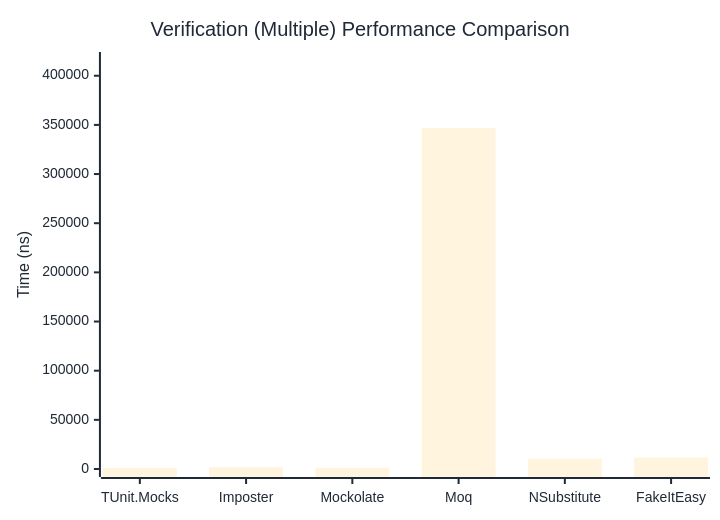
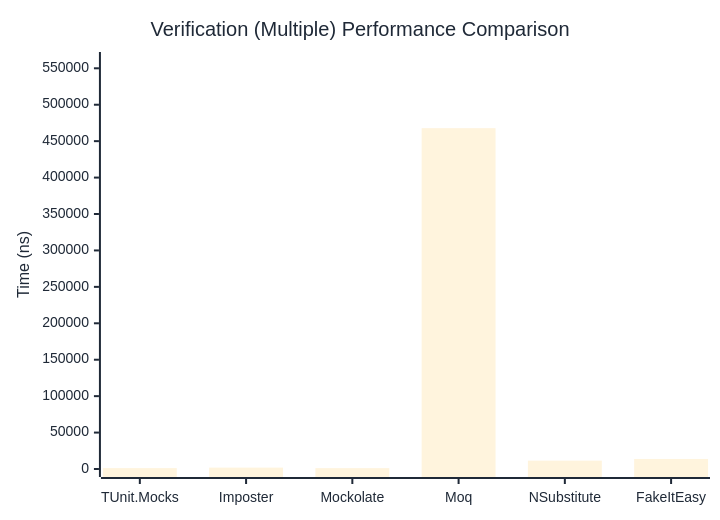
One commit to weiyilai/TUnit changed the third of 3 diagrams in docs/docs/benchmarks/mocks/Verification.md. Above: the diagram before and after it, drawn with Mermaid. The commit also changed other lines of this file and 14 other files, not shown here.

````diff
--- a/docs/docs/benchmarks/mocks/Verification.md
+++ b/docs/docs/benchmarks/mocks/Verification.md
@@ -110,27 +110,27 @@
 ```mermaid
 %%{init: {
   'theme':'base',
   'themeVariables': {
     'primaryColor': '#2563eb',
     'primaryTextColor': '#1f2937',
     'primaryBorderColor': '#1e40af',
     'lineColor': '#6b7280',
     'secondaryColor': '#7c3aed',
     'tertiaryColor': '#dc2626',
     'background': '#ffffff',
     'pie1': '#2563eb',
     'pie2': '#7c3aed',
     'pie3': '#dc2626',
     'pie4': '#f59e0b',
     'pie5': '#10b981',
     'pie6': '#06b6d4',
     'pie7': '#ec4899',
     'pie8': '#6366f1'
   }
 }}%%
 xychart-beta
   title "Verification (Multiple) Performance Comparison"
   x-axis ["TUnit.Mocks", "Imposter", "Mockolate", "Moq", "NSubstitute", "FakeItEasy"]
-  y-axis "Time (ns)" 0 --> 416015
-  bar [1166.26, 1863.59, 1182.54, 346679.12, 10394.53, 11620.16]
+  y-axis "Time (ns)" 0 --> 561392
+  bar [1233.32, 1897.47, 1192, 467825.85, 11477.5, 13761.56]
 ```
````
